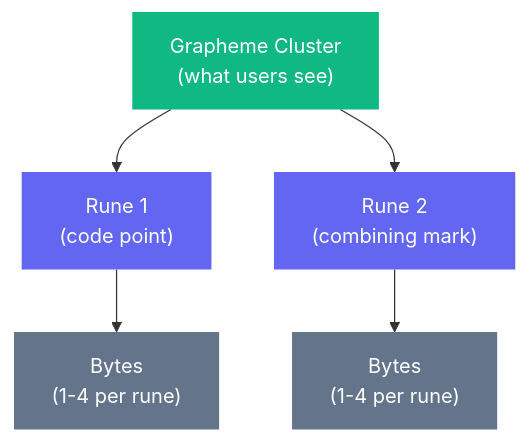
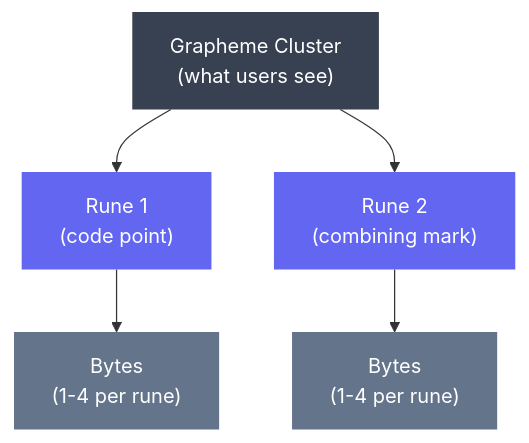
Before and after one commit to ashwingopalsamy/site: the first of 2 diagrams in content/writing/notes/runes-bytes-and-graphemes-in-go.md, drawn with Mermaid. The commit also changed other lines of this file and 26 other files, not shown here.

```diff
--- a/content/writing/notes/runes-bytes-and-graphemes-in-go.md
+++ b/content/writing/notes/runes-bytes-and-graphemes-in-go.md
@@ -12,17 +12,17 @@
 {{< mermaid >}}
 graph TD
     G["Grapheme Cluster<br/>(what users see)"]
     R1["Rune 1<br/>(code point)"]
     R2["Rune 2<br/>(combining mark)"]
     B1["Bytes<br/>(1-4 per rune)"]
     B2["Bytes<br/>(1-4 per rune)"]
     G --> R1
     G --> R2
     R1 --> B1
     R2 --> B2
-    style G fill:#10b981,color:#fff,stroke:none
+    style G fill:#374151,color:#fff,stroke:none
     style R1 fill:#6366f1,color:#fff,stroke:none
     style R2 fill:#6366f1,color:#fff,stroke:none
     style B1 fill:#64748b,color:#fff,stroke:none
     style B2 fill:#64748b,color:#fff,stroke:none
 {{< /mermaid >}}
```
